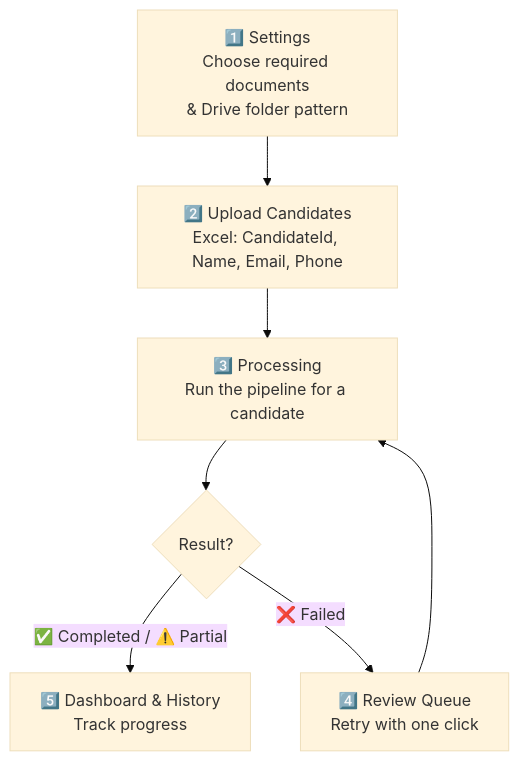
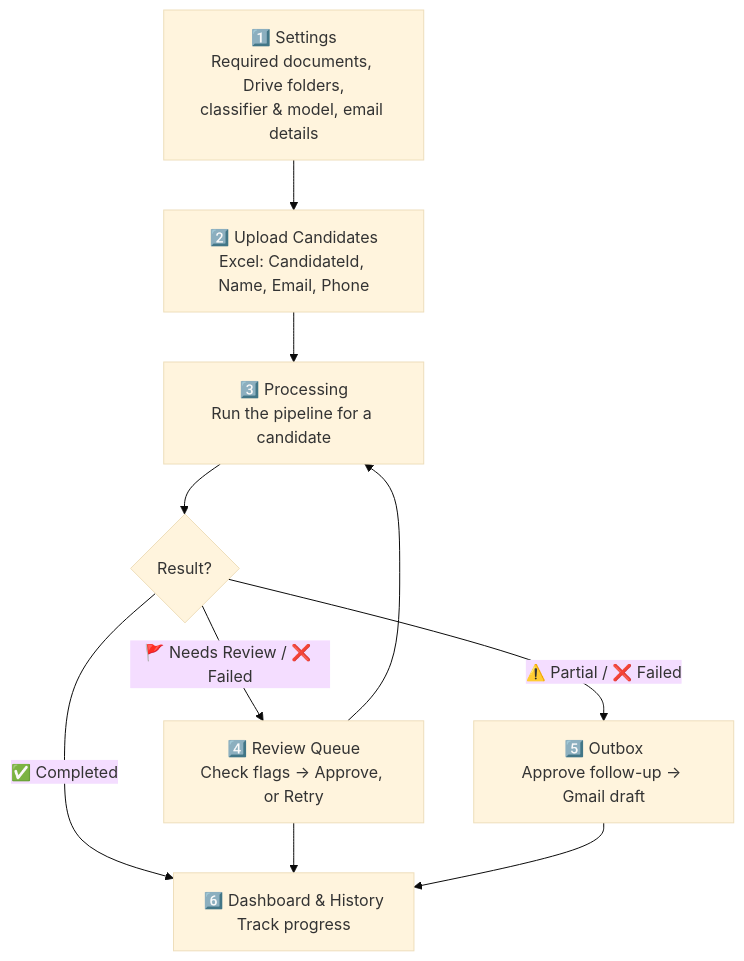
Before and after one commit to pavneetgrewal021-hash/BVG--agent: the second of 2 diagrams in README.md, drawn with Mermaid (base theme). The commit also changed other lines of this file, not shown here.

````diff
--- a/README.md
+++ b/README.md
@@ -161,10 +219,13 @@
 ```mermaid
 flowchart TD
-    S1["1️⃣ Settings<br/>Choose required documents<br/>& Drive folder pattern"] --> S2
+    S1["1️⃣ Settings<br/>Required documents, Drive folders,<br/>classifier & model, email details"] --> S2
     S2["2️⃣ Upload Candidates<br/>Excel: CandidateId, Name, Email, Phone"] --> S3
     S3["3️⃣ Processing<br/>Run the pipeline for a candidate"] --> S4
     S4{Result?}
-    S4 -->|✅ Completed / ⚠️ Partial| S5["5️⃣ Dashboard & History<br/>Track progress"]
-    S4 -->|❌ Failed| S6["4️⃣ Review Queue<br/>Retry with one click"]
+    S4 -->|✅ Completed| S5["6️⃣ Dashboard & History<br/>Track progress"]
+    S4 -->|🚩 Needs Review / ❌ Failed| S6["4️⃣ Review Queue<br/>Check flags → Approve, or Retry"]
+    S4 -->|⚠️ Partial / ❌ Failed| S7["5️⃣ Outbox<br/>Approve follow-up → Gmail draft"]
     S6 --> S3
+    S6 --> S5
+    S7 --> S5
 ```
````
